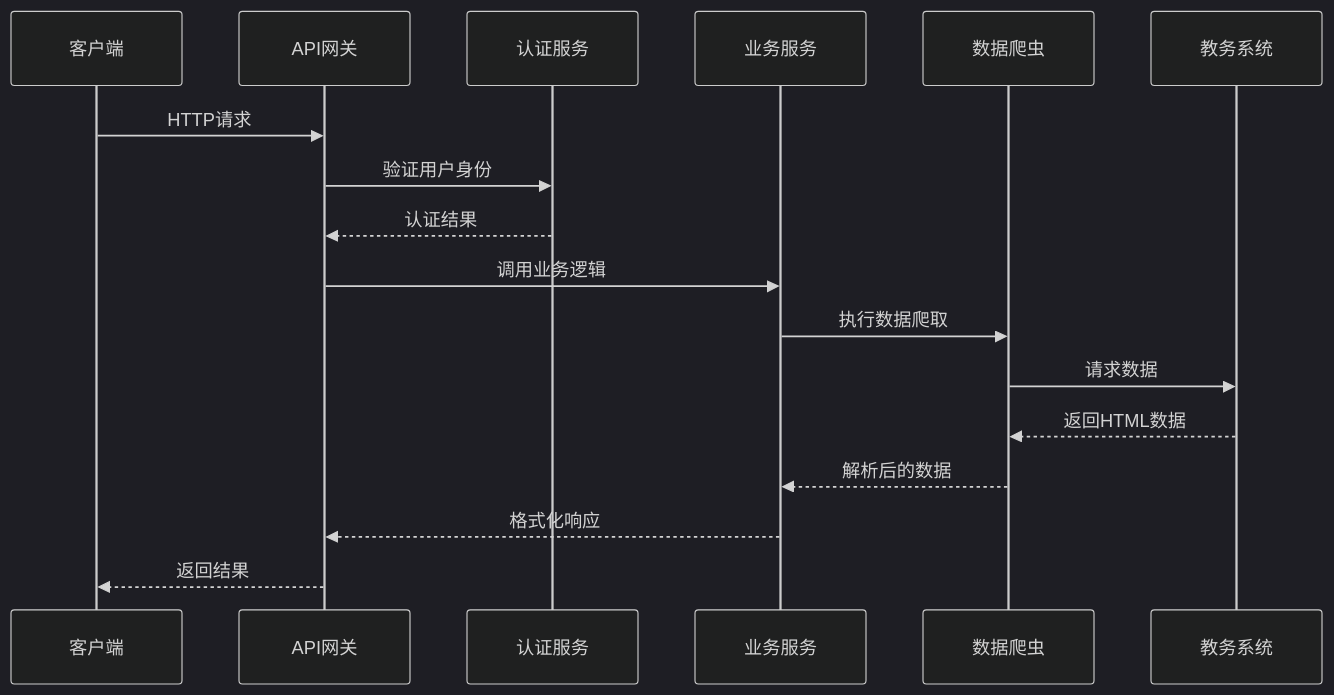
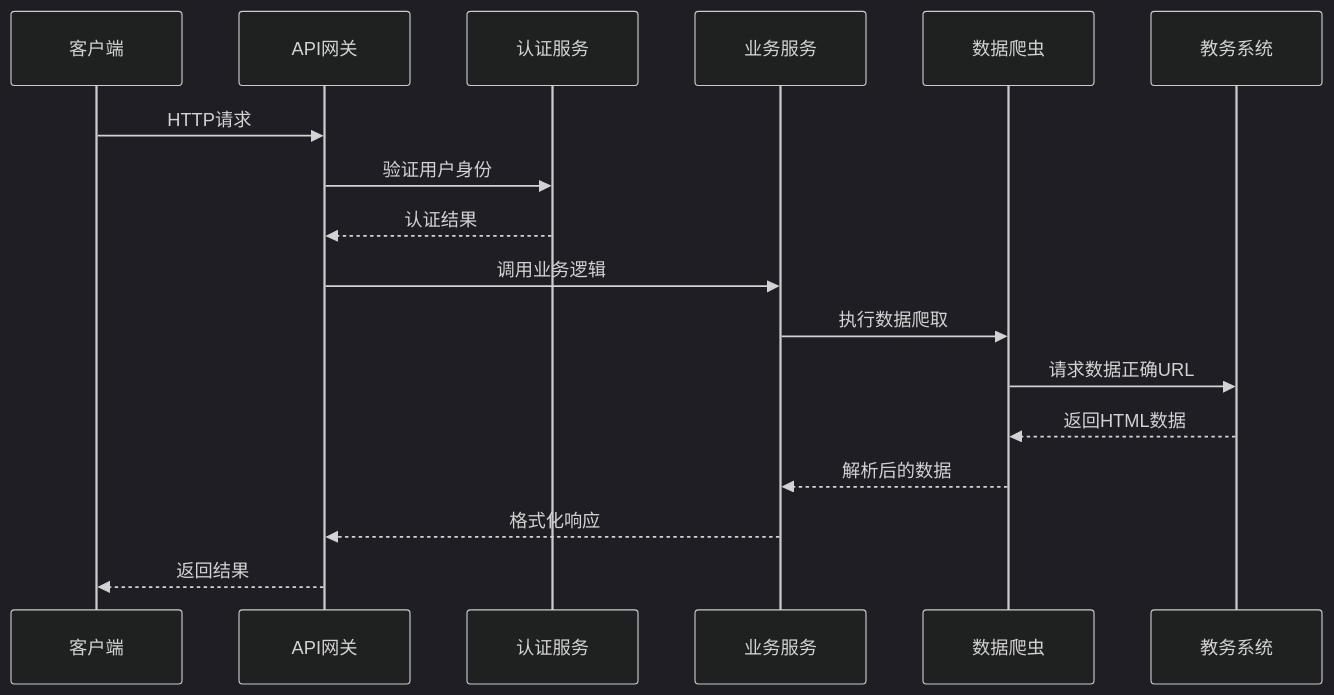
The second of 4 diagrams in .qoder/repowiki/zh/content/后端API文档/学术数据查询API/学术数据查询API.md (ghbbn053-ship-itsoulddog/soulddog), drawn with Mermaid (dark theme) before and after one commit. The commit also changed other lines of this file and 6 other files, not shown here.

````diff
--- a/.qoder/repowiki/zh/content/后端API文档/学术数据查询API/学术数据查询API.md
+++ b/.qoder/repowiki/zh/content/后端API文档/学术数据查询API/学术数据查询API.md
@@ -106,19 +117,19 @@
 ```mermaid
 sequenceDiagram
 participant Client as 客户端
 participant API as API网关
 participant Auth as 认证服务
 participant Service as 业务服务
 participant Scraper as 数据爬虫
 participant JWXT as 教务系统
 Client->>API : HTTP请求
 API->>Auth : 验证用户身份
 Auth-->>API : 认证结果
 API->>Service : 调用业务逻辑
 Service->>Scraper : 执行数据爬取
-Scraper->>JWXT : 请求数据
+Scraper->>JWXT : 请求数据正确URL
 JWXT-->>Scraper : 返回HTML数据
 Scraper-->>Service : 解析后的数据
 Service-->>API : 格式化响应
 API-->>Client : 返回结果
 ```
````
